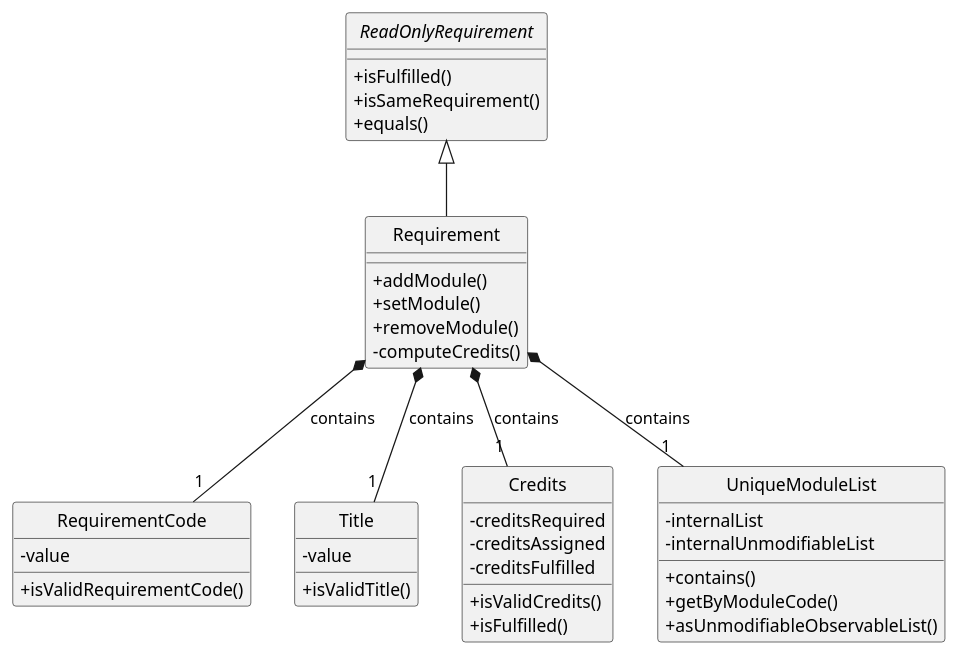
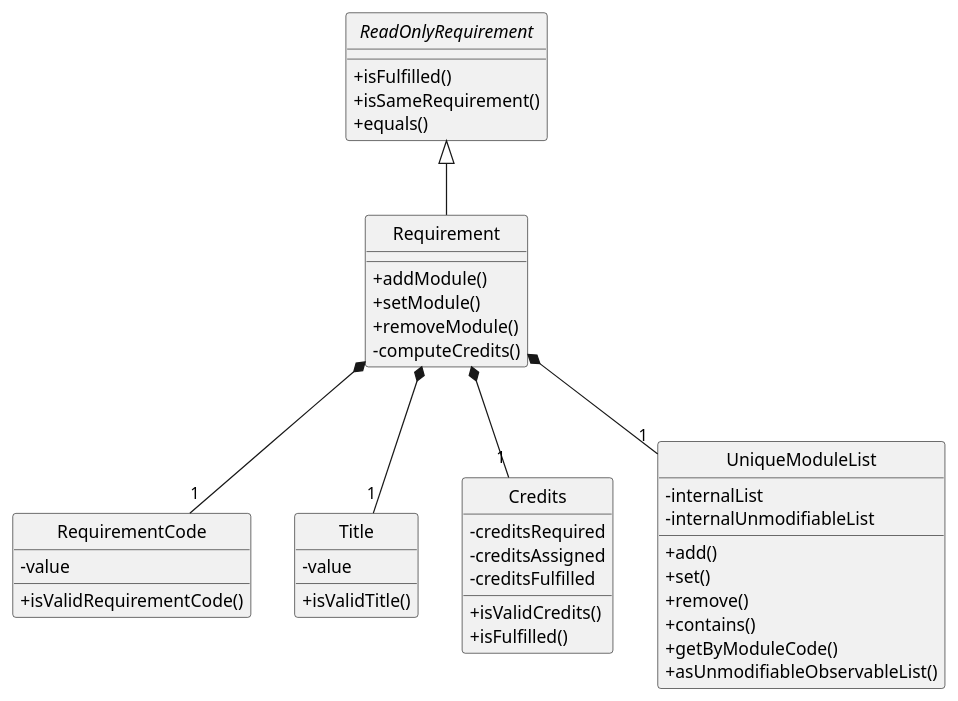
Before and after one commit to yjskrs/main: the diagram in docs/diagrams/Requirement/RequirementClassDiagram.puml, drawn with PlantUML. The commit also changed 5 other files, not shown here.

```diff
--- a/docs/diagrams/Requirement/RequirementClassDiagram.puml
+++ b/docs/diagrams/Requirement/RequirementClassDiagram.puml
@@ -1,49 +1,52 @@
 @startuml
 hide circle
 skinparam classAttributeIconSize 0
 
 interface ReadOnlyRequirement {
     +isFulfilled()
     +isSameRequirement()
     +equals()
 }
 
 class Requirement {
     +addModule()
     +setModule()
     +removeModule()
     -computeCredits()
 }
 
 class RequirementCode {
     -value
     +isValidRequirementCode()
 }
 
 class Title {
     -value
     +isValidTitle()
 }
 
 class Credits {
     -creditsRequired
     -creditsAssigned
     -creditsFulfilled
     +isValidCredits()
     +isFulfilled()
 }
 
 class UniqueModuleList {
     -internalList
     -internalUnmodifiableList
+    +add()
+    +set()
+    +remove()
     +contains()
     +getByModuleCode()
     +asUnmodifiableObservableList()
 }
 
 ReadOnlyRequirement <|-- Requirement
-Requirement *-- "1" RequirementCode : contains
-Requirement *-- "1" Title : contains
-Requirement *-- "1" Credits : contains
-Requirement *-- "1" UniqueModuleList : contains
+Requirement *-- "1" RequirementCode
+Requirement *-- "1" Title
+Requirement *-- "1" Credits
+Requirement *-- "1" UniqueModuleList
 @enduml
```
